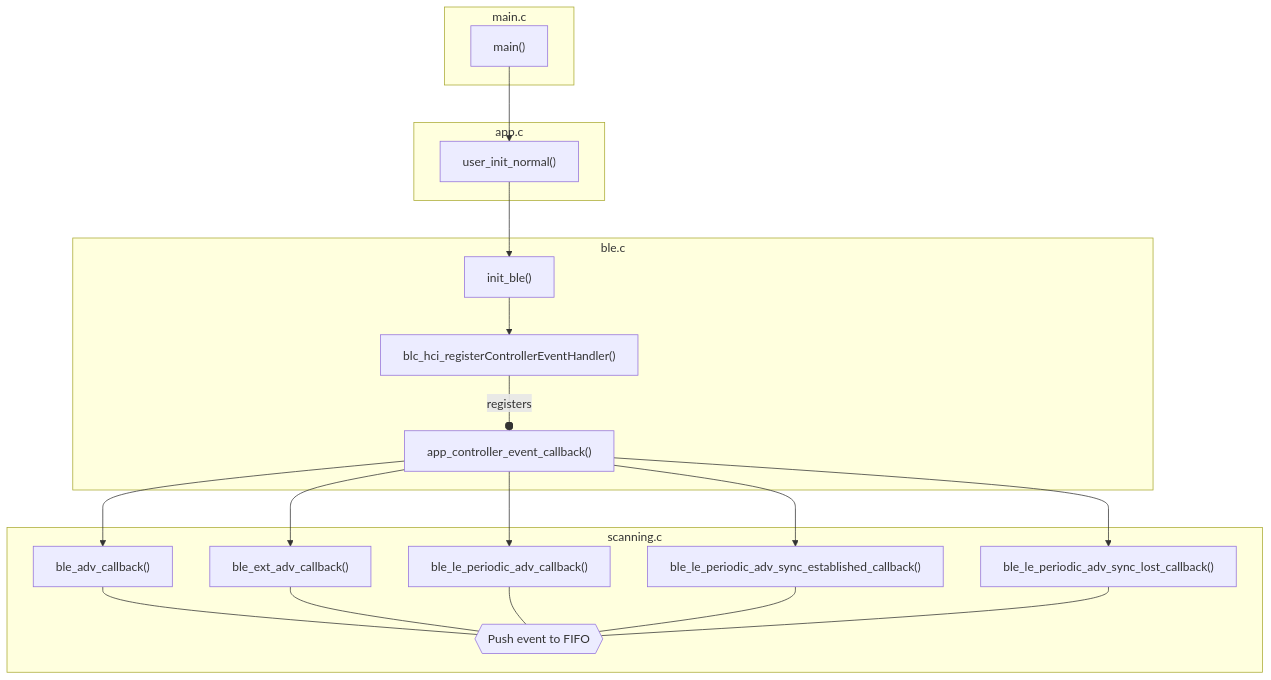
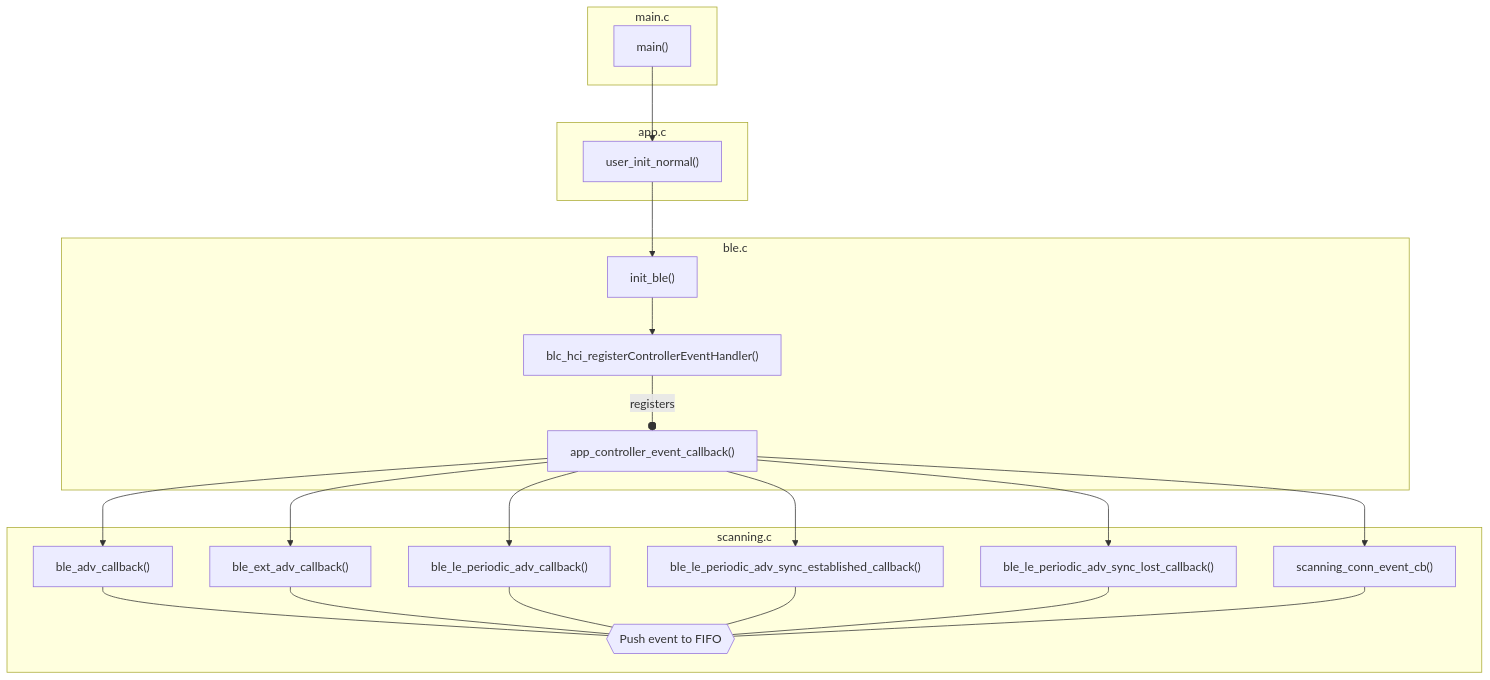
Before and after one commit to pvvx/ADV_BLE2UART: the fourth of 4 diagrams in source/ble2uart/README.md, drawn with Mermaid. The commit also changed other lines of this file and 12 other files, not shown here.

````diff
--- a/source/ble2uart/README.md
+++ b/source/ble2uart/README.md
@@ -687,41 +984,44 @@
 ```mermaid
 flowchart TB
 
 subgraph main_c["main.c"]
     main["main()"]
 end
 
 subgraph app_c["app.c"]
     user_init_normal["user_init_normal()"]
 end
 
 subgraph ble_c["ble.c"]
     init_ble["init_ble()"]
     blc_hci_registerControllerEventHandler["blc_hci_registerControllerEventHandler()"]
     app_controller_event_callback["app_controller_event_callback()"]
 end
 
 subgraph scanning_c["scanning.c"]
     ble_adv_callback["ble_adv_callback()"]
     ble_ext_adv_callback["ble_ext_adv_callback()"]
     ble_le_periodic_adv_callback["ble_le_periodic_adv_callback()"]
     ble_le_periodic_adv_sync_established_callback["ble_le_periodic_adv_sync_established_callback()"]
     ble_le_periodic_adv_sync_lost_callback["ble_le_periodic_adv_sync_lost_callback()"]
+    scanning_conn_event_cb["scanning_conn_event_cb()"]
 
     FIFO{{"`Push event to FIFO`"}}        
 end
 
 main --> user_init_normal --> init_ble --> blc_hci_registerControllerEventHandler -- registers --o app_controller_event_callback
 
 app_controller_event_callback --> ble_adv_callback
 app_controller_event_callback --> ble_ext_adv_callback
 app_controller_event_callback --> ble_le_periodic_adv_callback
 app_controller_event_callback --> ble_le_periodic_adv_sync_established_callback
 app_controller_event_callback --> ble_le_periodic_adv_sync_lost_callback
+app_controller_event_callback --> scanning_conn_event_cb
 
 ble_adv_callback --- FIFO
 ble_ext_adv_callback --- FIFO
 ble_le_periodic_adv_callback --- FIFO
 ble_le_periodic_adv_sync_established_callback --- FIFO
 ble_le_periodic_adv_sync_lost_callback --- FIFO
+scanning_conn_event_cb --- FIFO
 ```
````
